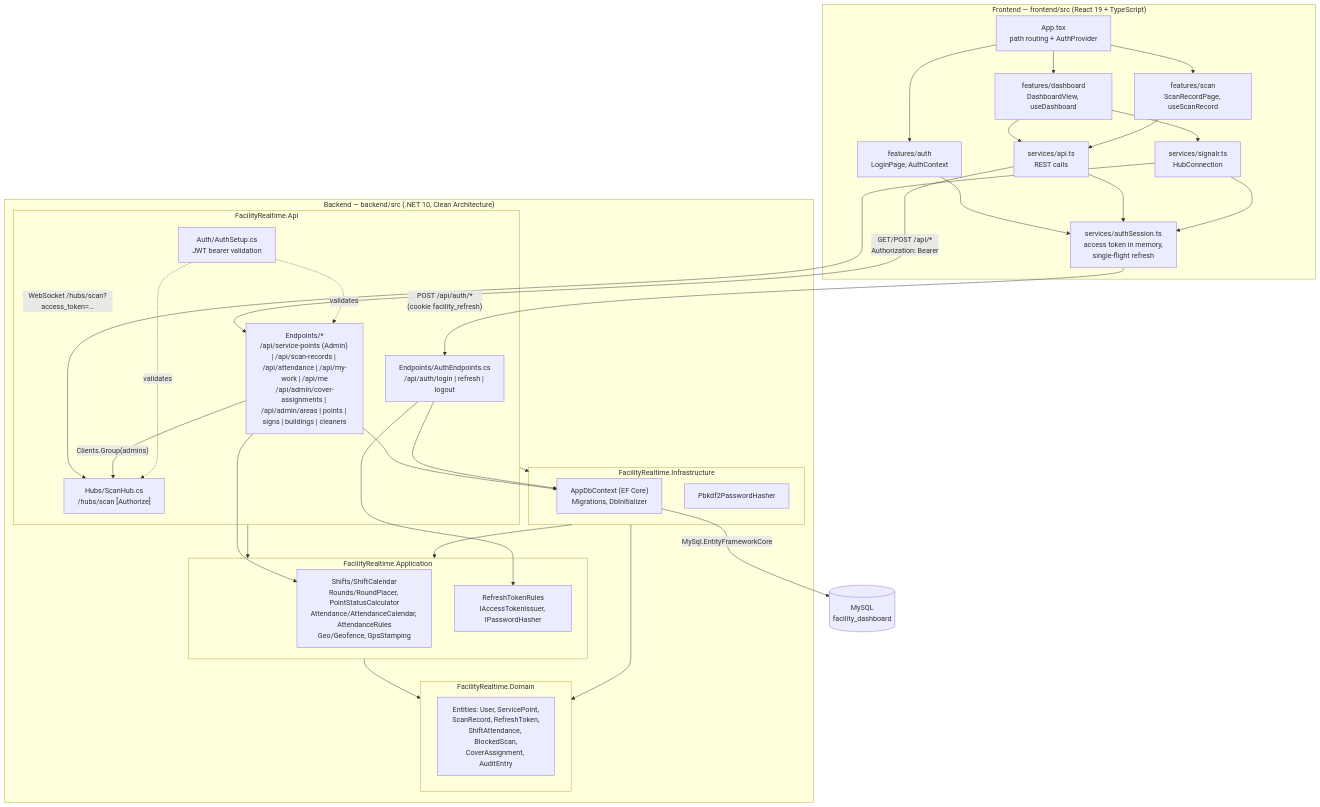
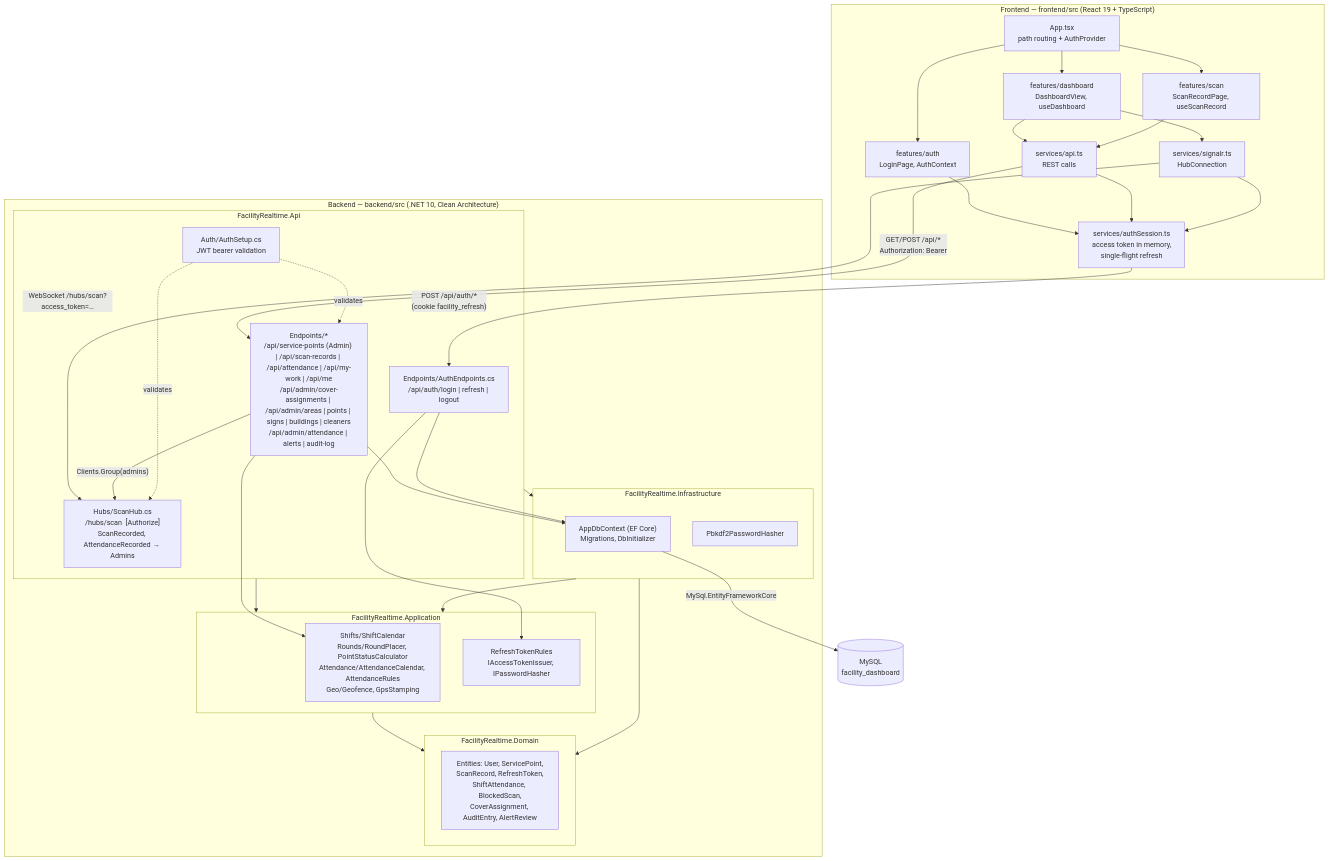
The third of 6 diagrams in docs/architecture.md (ThodsaphonSonthiphin/Facility-Real-time-dashboard), drawn with Mermaid before and after one commit. The commit also changed other lines of this file and 8 other files, not shown here.

Commit message:
feat(backend): read-only Admin history page with date, actor and category filters; MySQL check of the alert and history queries (facility-0057)

````diff
--- a/docs/architecture.md
+++ b/docs/architecture.md
@@ -107,60 +107,60 @@
 ```mermaid
 flowchart TB
     subgraph FE["Frontend — frontend/src (React 19 + TypeScript)"]
         App["App.tsx<br/>path routing + AuthProvider"]
         Dash["features/dashboard<br/>DashboardView, useDashboard"]
         Scan["features/scan<br/>ScanRecordPage, useScanRecord"]
         Login["features/auth<br/>LoginPage, AuthContext"]
         ApiSvc["services/api.ts<br/>REST calls"]
         AuthSess["services/authSession.ts<br/>access token in memory,<br/>single-flight refresh"]
         SR["services/signalr.ts<br/>HubConnection"]
     end
 
     subgraph BE["Backend — backend/src (.NET 10, Clean Architecture)"]
         subgraph ApiP["FacilityRealtime.Api"]
-            Ep["Endpoints/*<br/>/api/service-points (Admin) | /api/scan-records | /api/attendance | /api/my-work | /api/me<br/>/api/admin/cover-assignments | /api/admin/areas | points | signs | buildings | cleaners"]
+            Ep["Endpoints/*<br/>/api/service-points (Admin) | /api/scan-records | /api/attendance | /api/my-work | /api/me<br/>/api/admin/cover-assignments | /api/admin/areas | points | signs | buildings | cleaners<br/>/api/admin/attendance | alerts | audit-log"]
             AuthEp["Endpoints/AuthEndpoints.cs<br/>/api/auth/login | refresh | logout"]
-            Hub["Hubs/ScanHub.cs<br/>/hubs/scan  [Authorize]"]
+            Hub["Hubs/ScanHub.cs<br/>/hubs/scan  [Authorize]<br/>ScanRecorded, AttendanceRecorded → Admins"]
             Jwt["Auth/AuthSetup.cs<br/>JWT bearer validation"]
         end
         subgraph AppP["FacilityRealtime.Application"]
             Status["Shifts/ShiftCalendar<br/>Rounds/RoundPlacer, PointStatusCalculator<br/>Attendance/AttendanceCalendar, AttendanceRules<br/>Geo/Geofence, GpsStamping"]
             Rules["RefreshTokenRules<br/>IAccessTokenIssuer, IPasswordHasher"]
         end
         subgraph InfP["FacilityRealtime.Infrastructure"]
             Ctx["AppDbContext (EF Core)<br/>Migrations, DbInitializer"]
             Hash["Pbkdf2PasswordHasher"]
         end
         subgraph DomP["FacilityRealtime.Domain"]
-            Ent["Entities: User, ServicePoint,<br/>ScanRecord, RefreshToken,<br/>ShiftAttendance, BlockedScan,<br/>CoverAssignment, AuditEntry"]
+            Ent["Entities: User, ServicePoint,<br/>ScanRecord, RefreshToken,<br/>ShiftAttendance, BlockedScan,<br/>CoverAssignment, AuditEntry, AlertReview"]
         end
     end
 
     DB[("MySQL<br/>facility_dashboard")]
 
     App --> Dash & Scan & Login
     Dash --> ApiSvc
     Dash --> SR
     Scan --> ApiSvc
     Login --> AuthSess
     ApiSvc --> AuthSess
     SR --> AuthSess
 
     AuthSess -->|"POST /api/auth/*<br/>(cookie facility_refresh)"| AuthEp
     ApiSvc -->|"GET/POST /api/*<br/>Authorization: Bearer"| Ep
     SR -->|"WebSocket /hubs/scan?access_token=…"| Hub
 
     Ep --> Status
     Ep --> Ctx
     Ep -->|"Clients.Group(admins)"| Hub
     AuthEp --> Rules
     AuthEp --> Ctx
     Jwt -.->|validates| Ep & Hub
 
     ApiP --> AppP
     ApiP --> InfP
     InfP --> AppP
     AppP --> DomP
     InfP --> DomP
     Ctx -->|"MySql.EntityFrameworkCore"| DB
 ```
````
